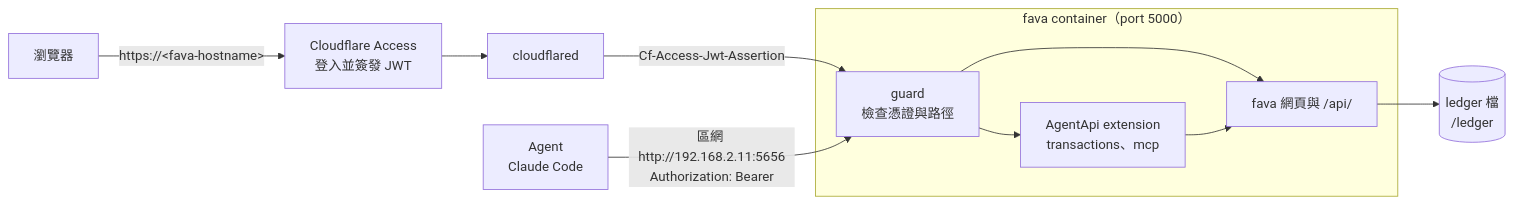
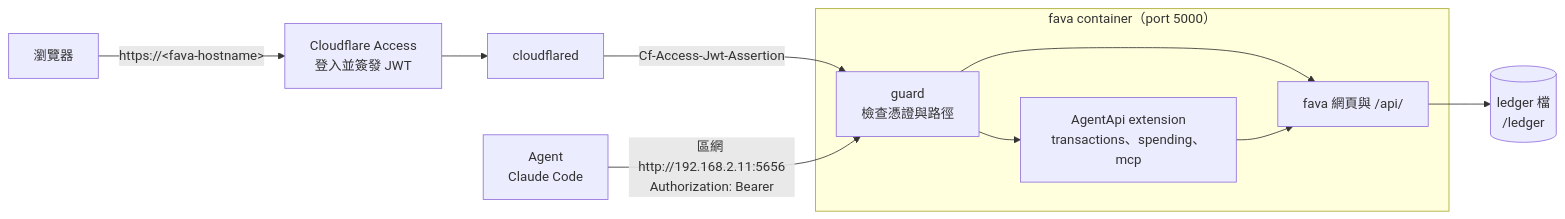
The first of 2 diagrams in docs/agent-api.md (gn00678465/beancount-fava), drawn with Mermaid before and after one commit. The commit also changed other lines of this file and 7 other files, not shown here.

First line of the commit message:
feat(api): 新增花費唯讀端點 POST spending (#37)

````diff
--- a/docs/agent-api.md
+++ b/docs/agent-api.md
@@ -11,13 +11,13 @@
 ```mermaid
 flowchart LR
     Browser["瀏覽器"] -->|"https://&lt;fava-hostname&gt;"| CF["Cloudflare Access<br>登入並簽發 JWT"]
     CF --> Tunnel["cloudflared"]
     Tunnel -->|"Cf-Access-Jwt-Assertion"| Guard
     Agent["Agent<br>Claude Code"] -->|"區網 http://192.168.2.11:5656<br>Authorization: Bearer"| Guard
     subgraph Container["fava container（port 5000）"]
         Guard["guard<br>檢查憑證與路徑"] --> Fava["fava 網頁與 /api/"]
-        Guard --> Ext["AgentApi extension<br>transactions、mcp"]
+        Guard --> Ext["AgentApi extension<br>transactions、spending、mcp"]
         Ext --> Fava
     end
     Fava --> Ledger[("ledger 檔<br>/ledger")]
 ```
````
